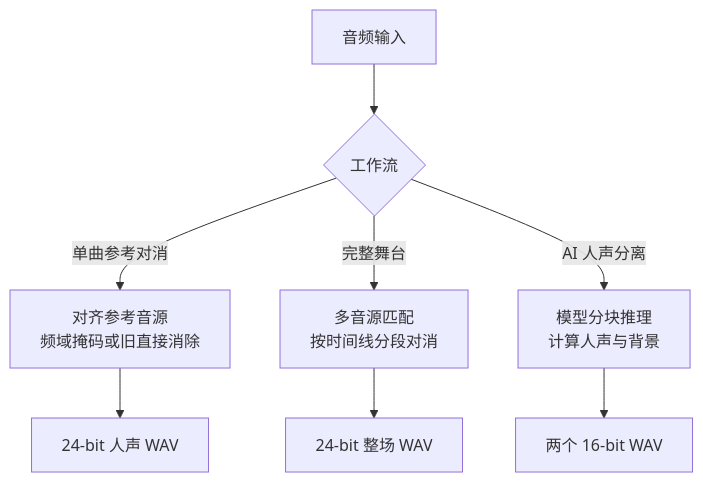
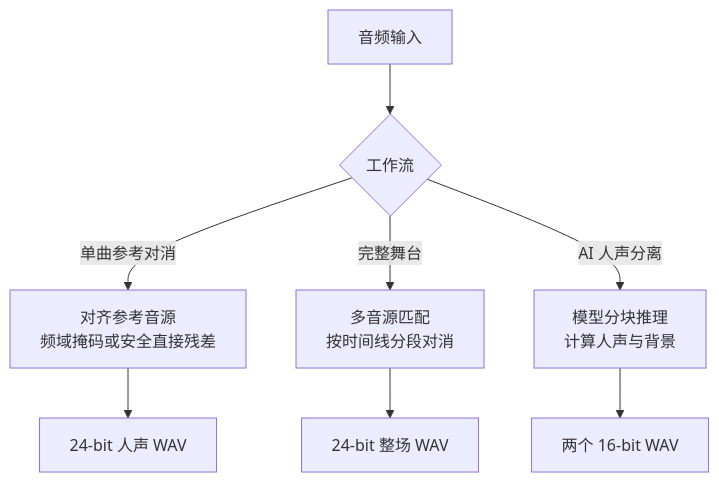
Before and after one commit to ChouChiu/Audio-Station: the third of 3 diagrams in docs/architecture.md, drawn with Mermaid. The commit also changed 10 other files, not shown here.

````diff
--- a/docs/architecture.md
+++ b/docs/architecture.md
@@ -72,10 +72,10 @@
 ```mermaid
 flowchart TB
     input["音频输入"] --> choice{"工作流"}
-    choice -->|单曲参考对消| mr["对齐参考音源<br/>频域掩码或旧直接消除"]
+    choice -->|单曲参考对消| mr["对齐参考音源<br/>频域掩码或安全直接残差"]
     choice -->|完整舞台| stage["多音源匹配<br/>按时间线分段对消"]
     choice -->|AI 人声分离| ai["模型分块推理<br/>计算人声与背景"]
     mr --> mrout["24-bit 人声 WAV"]
     stage --> stageout["24-bit 整场 WAV"]
     ai --> aiout["两个 16-bit WAV"]
 ```
````
